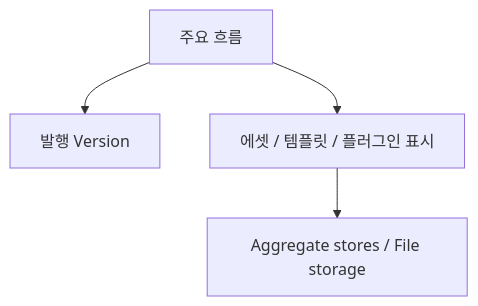
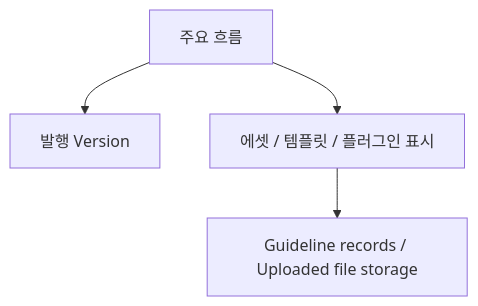
One commit to ewoooo/living-brand-system changed the second of 5 diagrams in docs/05-system-architecture.md. Above: the diagram before and after it, drawn with Mermaid. The commit also changed other lines of this file and 6 other files, not shown here.

Commit message:
docs: update domain architecture records

````diff
--- a/docs/05-system-architecture.md
+++ b/docs/05-system-architecture.md
@@ -162,11 +194,11 @@
 ```mermaid
 flowchart TB
   Flow["주요 흐름"]
   Version["발행 Version"]
   Resource["에셋 / 템플릿 / 플러그인 표시"]
-  Storage["Aggregate stores / File storage"]
+  Storage["Guideline records / Uploaded file storage"]
 
   Flow --> Version
   Flow --> Resource
   Resource --> Storage
 ```
````
